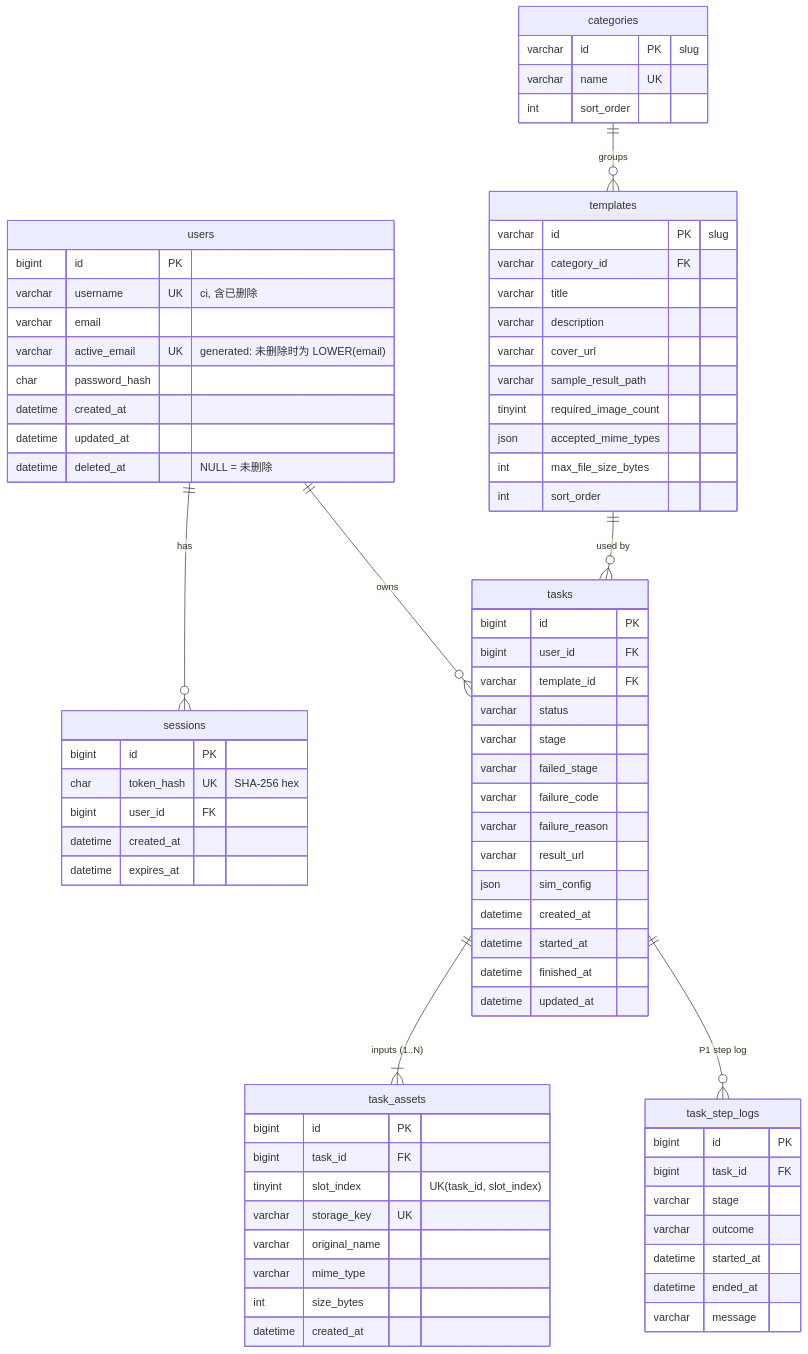
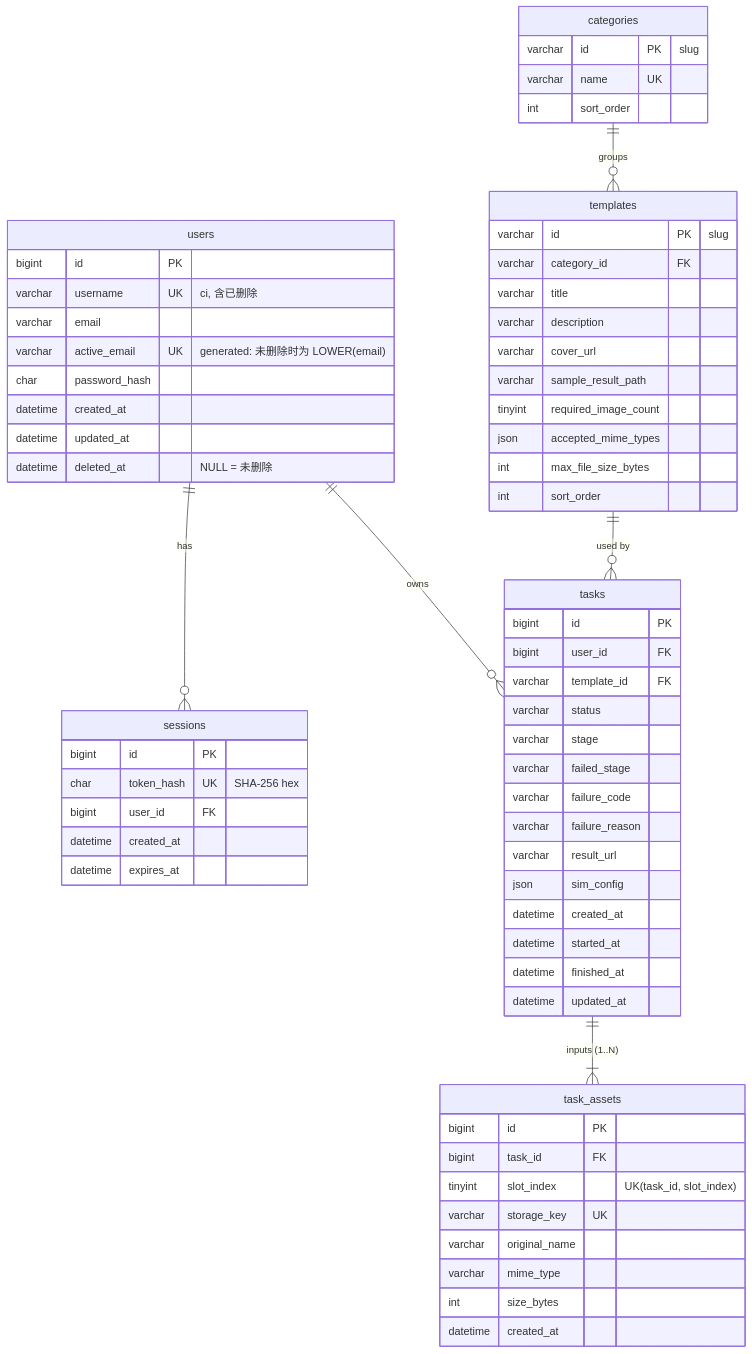
Before and after one commit to Brayton-Han/PlayWithMaterials: the diagram in docs/database.md, drawn with Mermaid. The commit also changed other lines of this file and 7 other files, not shown here.

````diff
--- a/docs/database.md
+++ b/docs/database.md
@@ -26,79 +26,69 @@
 ```mermaid
 erDiagram
   users ||--o{ sessions : "has"
   users ||--o{ tasks : "owns"
   categories ||--o{ templates : "groups"
   templates ||--o{ tasks : "used by"
   tasks ||--|{ task_assets : "inputs (1..N)"
-  tasks ||--o{ task_step_logs : "P1 step log"
 
   users {
     bigint id PK
     varchar username UK "ci, 含已删除"
     varchar email
     varchar active_email UK "generated: 未删除时为 LOWER(email)"
     char password_hash
     datetime created_at
     datetime updated_at
     datetime deleted_at "NULL = 未删除"
   }
   sessions {
     bigint id PK
     char token_hash UK "SHA-256 hex"
     bigint user_id FK
     datetime created_at
     datetime expires_at
   }
   categories {
     varchar id PK "slug"
     varchar name UK
     int sort_order
   }
   templates {
     varchar id PK "slug"
     varchar category_id FK
     varchar title
     varchar description
     varchar cover_url
     varchar sample_result_path
     tinyint required_image_count
     json accepted_mime_types
     int max_file_size_bytes
     int sort_order
   }
   tasks {
     bigint id PK
     bigint user_id FK
     varchar template_id FK
     varchar status
     varchar stage
     varchar failed_stage
     varchar failure_code
     varchar failure_reason
     varchar result_url
     json sim_config
     datetime created_at
     datetime started_at
     datetime finished_at
     datetime updated_at
   }
   task_assets {
     bigint id PK
     bigint task_id FK
     tinyint slot_index "UK(task_id, slot_index)"
     varchar storage_key UK
     varchar original_name
     varchar mime_type
     int size_bytes
     datetime created_at
   }
-  task_step_logs {
-    bigint id PK
-    bigint task_id FK
-    varchar stage
-    varchar outcome
-    datetime started_at
-    datetime ended_at
-    varchar message
-  }
 ```
````
